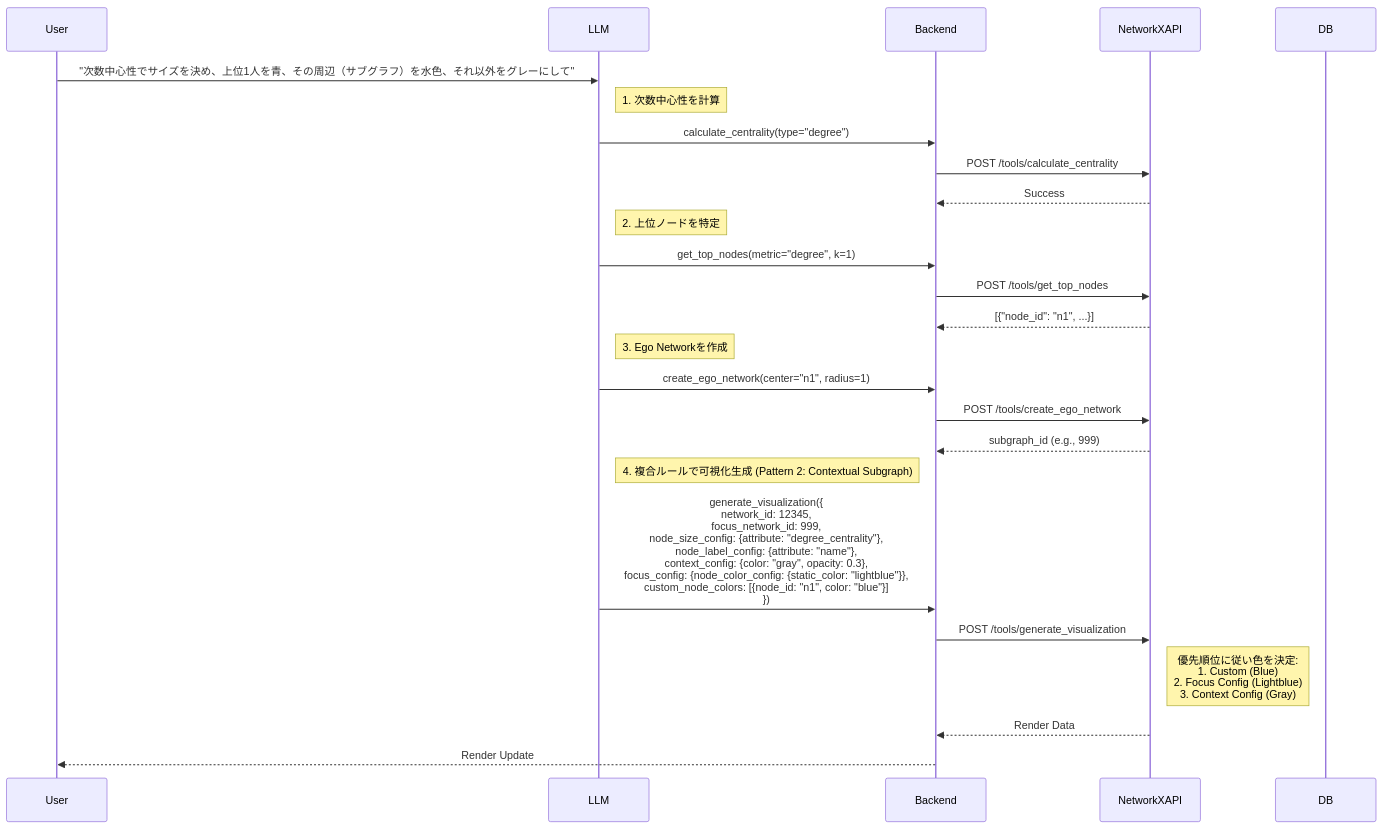
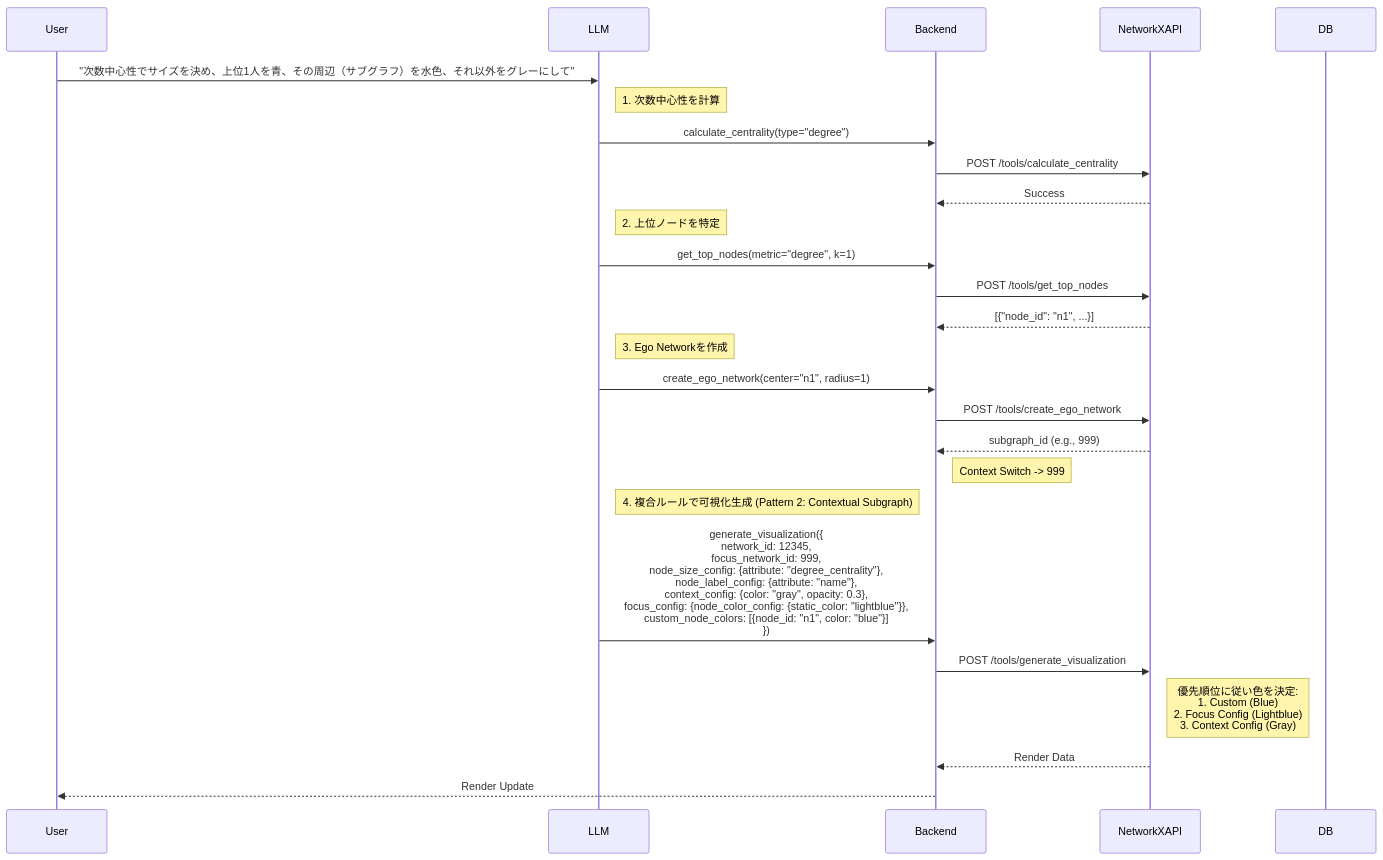
The seventh of 9 diagrams in specification/2_Technical_Details/6_Core_Workflows.md (vdslab/LLMGraphvis), drawn with Mermaid before and after one commit. The commit also changed other lines of this file and 1 other file, not shown here.

Commit message:
docs: Update backend and core workflow specifications

````diff
--- a/specification/2_Technical_Details/6_Core_Workflows.md
+++ b/specification/2_Technical_Details/6_Core_Workflows.md
@@ -300,33 +308,34 @@
 ```mermaid
 sequenceDiagram
     participant User
     participant LLM
     participant Backend
     participant NetworkXAPI
     participant DB
 
     User->>LLM: "次数中心性でサイズを決め、上位1人を青、その周辺（サブグラフ）を水色、それ以外をグレーにして"
     
     note right of LLM: 1. 次数中心性を計算
     LLM->>Backend: calculate_centrality(type="degree")
     Backend->>NetworkXAPI: POST /tools/calculate_centrality
     NetworkXAPI-->>Backend: Success
     
     note right of LLM: 2. 上位ノードを特定
     LLM->>Backend: get_top_nodes(metric="degree", k=1)
     Backend->>NetworkXAPI: POST /tools/get_top_nodes
     NetworkXAPI-->>Backend: [{"node_id": "n1", ...}]
     
     note right of LLM: 3. Ego Networkを作成
     LLM->>Backend: create_ego_network(center="n1", radius=1)
     Backend->>NetworkXAPI: POST /tools/create_ego_network
     NetworkXAPI-->>Backend: subgraph_id (e.g., 999)
+    note right of Backend: Context Switch -> 999
 
     note right of LLM: 4. 複合ルールで可視化生成 (Pattern 2: Contextual Subgraph)
     LLM->>Backend: generate_visualization({<br/>  network_id: 12345,<br/>  focus_network_id: 999,<br/>  node_size_config: {attribute: "degree_centrality"},<br/>  node_label_config: {attribute: "name"},<br/>  context_config: {color: "gray", opacity: 0.3},<br/>  focus_config: {node_color_config: {static_color: "lightblue"}},<br/>  custom_node_colors: [{node_id: "n1", color: "blue"}]<br/>})
     Backend->>NetworkXAPI: POST /tools/generate_visualization
     
     note right of NetworkXAPI: 優先順位に従い色を決定:<br/>1. Custom (Blue)<br/>2. Focus Config (Lightblue)<br/>3. Context Config (Gray)
     NetworkXAPI-->>Backend: Render Data
     Backend-->>User: Render Update
 ```
````
